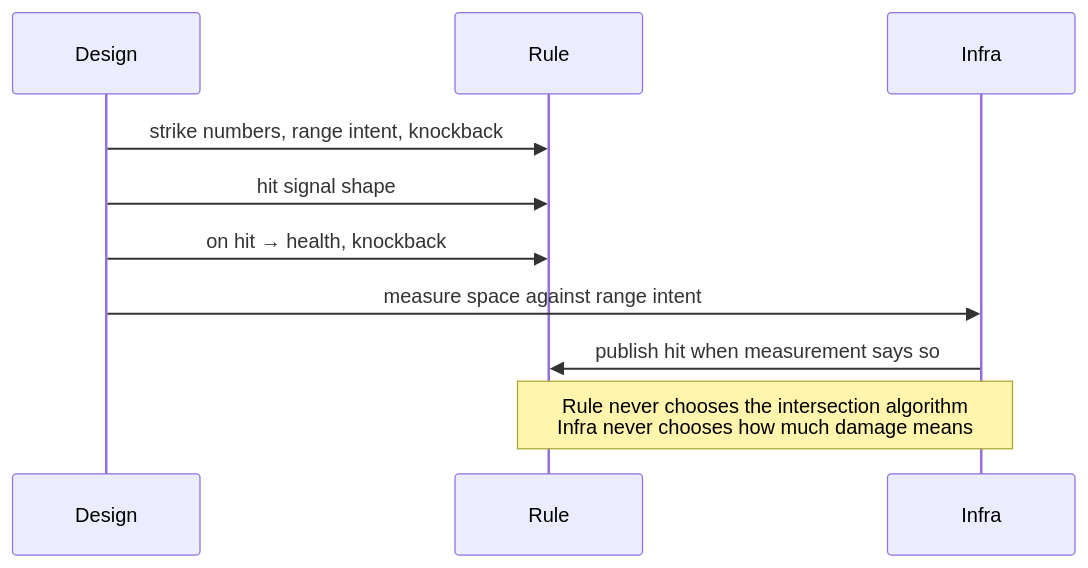
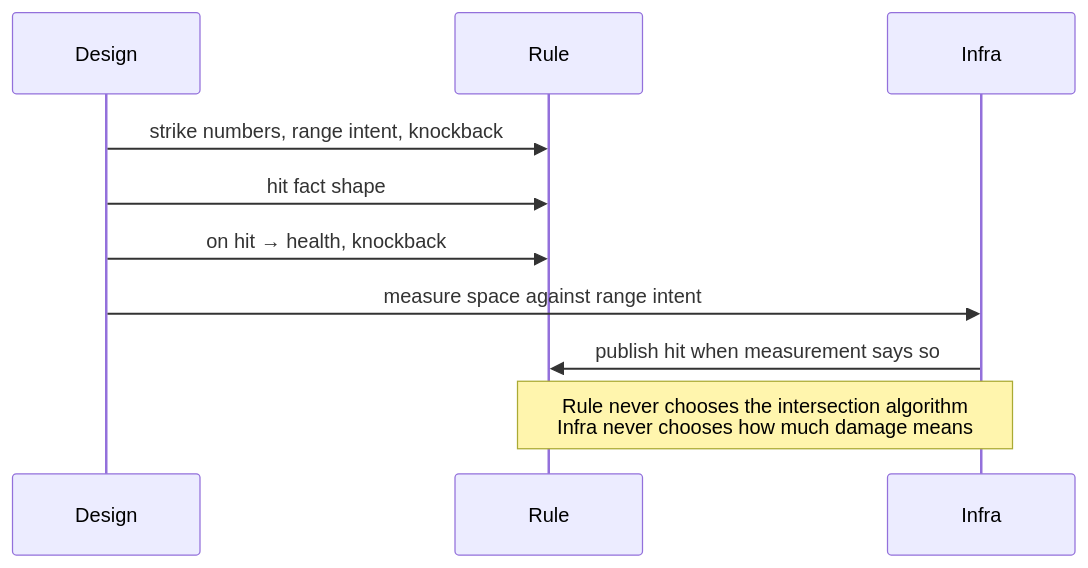
One commit to fm39hz/fm39hz-blogs changed the first of 8 diagrams in src/content/articles/another-way-to-think-about-game-architecture.md. Above: the diagram before and after it, drawn with Mermaid. The commit also changed other lines of this file, not shown here.

````diff
--- a/src/content/articles/another-way-to-think-about-game-architecture.md
+++ b/src/content/articles/another-way-to-think-about-game-architecture.md
@@ -61,15 +71,15 @@
 ```mermaid
 sequenceDiagram
     participant Design
     participant Rule
     participant Infra
 
     Design->>Rule: strike numbers, range intent, knockback
-    Design->>Rule: hit signal shape
+    Design->>Rule: hit fact shape
     Design->>Rule: on hit → health, knockback
 
     Design->>Infra: measure space against range intent
     Infra->>Rule: publish hit when measurement says so
 
     Note over Rule,Infra: Rule never chooses the intersection algorithm<br/>Infra never chooses how much damage means
 ```
````
